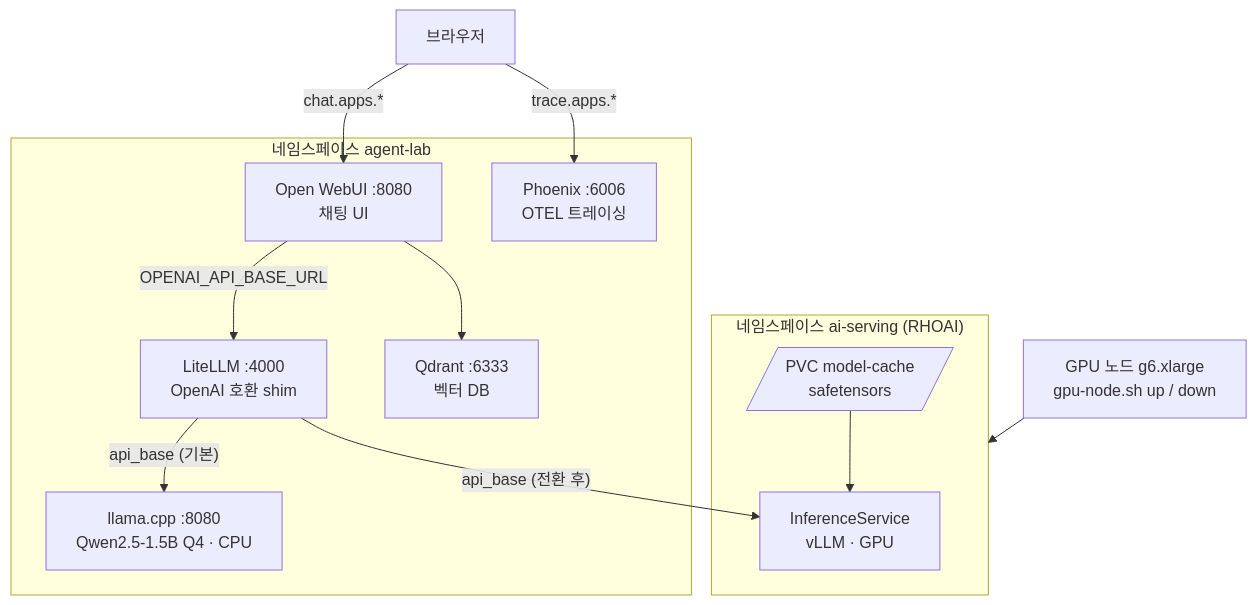
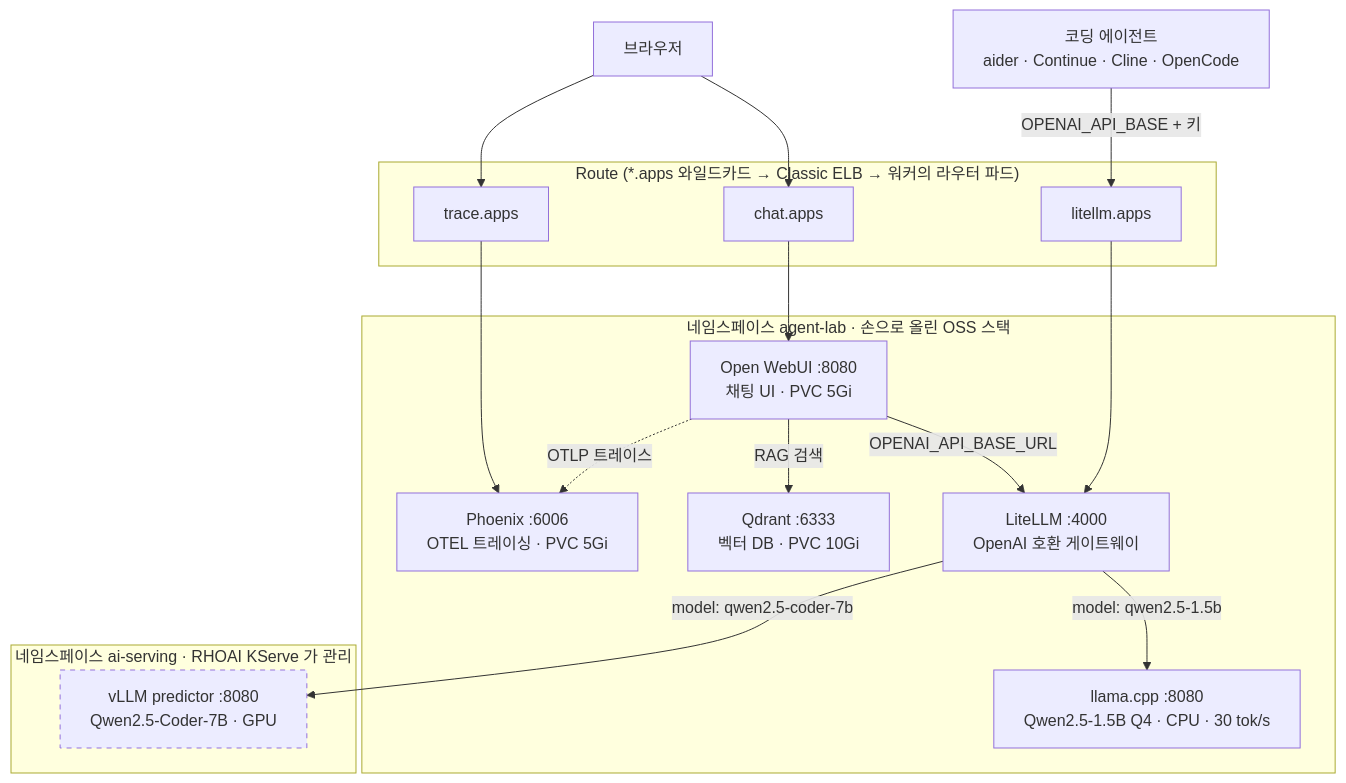
The fourth of 5 diagrams in README.md (kiyeonjeon21/ocp-aws-lab), drawn with Mermaid before and after one commit. The commit also changed other lines of this file and 13 other files, not shown here.

First line of the commit message:
전체 구조 다이어그램 2장과 세대별 스냅샷 도구 추가

````diff
--- a/README.md
+++ b/README.md
@@ -446,28 +451,42 @@
 ```mermaid
+%%{init: {"flowchart": {"wrappingWidth": 400}}}%%
 flowchart TB
-    USER["브라우저"]
+    BROWSER["브라우저"]
+    AGENT_CLI["코딩 에이전트<br/>aider · Continue · Cline · OpenCode"]
 
-    subgraph AGENT["네임스페이스 agent-lab"]
-        WEBUI["Open WebUI :8080<br/>채팅 UI"]
-        LITE["LiteLLM :4000<br/>OpenAI 호환 shim"]
-        LLAMA["llama.cpp :8080<br/>Qwen2.5-1.5B Q4 · CPU"]
-        QD["Qdrant :6333<br/>벡터 DB"]
-        PHX["Phoenix :6006<br/>OTEL 트레이싱"]
+    subgraph ROUTES["Route (*.apps 와일드카드 → Classic ELB → 워커의 라우터 파드)"]
+        R_CHAT["chat.apps"]
+        R_TRACE["trace.apps"]
+        R_LLM["litellm.apps"]
     end
 
-    subgraph SERVING["네임스페이스 ai-serving (RHOAI)"]
-        ISVC["InferenceService<br/>vLLM · GPU"]
-        PVC[/"PVC model-cache<br/>safetensors"/]
+    subgraph NS_AGENT["네임스페이스 agent-lab · 손으로 올린 OSS 스택"]
+        WEBUI["Open WebUI :8080<br/>채팅 UI · PVC 5Gi"]
+        QD["Qdrant :6333<br/>벡터 DB · PVC 10Gi"]
+        PHX["Phoenix :6006<br/>OTEL 트레이싱 · PVC 5Gi"]
+        LITE["LiteLLM :4000<br/>OpenAI 호환 게이트웨이"]
+        LLAMA["llama.cpp :8080<br/>Qwen2.5-1.5B Q4 · CPU · 30 tok/s"]
     end
 
-    USER -->|"chat.apps.*"| WEBUI
-    USER -->|"trace.apps.*"| PHX
+    subgraph NS_SERVING["네임스페이스 ai-serving · RHOAI KServe 가 관리"]
+        VLLM["vLLM predictor :8080<br/>Qwen2.5-Coder-7B · GPU"]
+    end
+
+    BROWSER --> R_CHAT
+    BROWSER --> R_TRACE
+    AGENT_CLI -->|"OPENAI_API_BASE + 키"| R_LLM
+
+    R_CHAT --> WEBUI
+    R_TRACE --> PHX
+    R_LLM --> LITE
+
     WEBUI -->|"OPENAI_API_BASE_URL"| LITE
-    WEBUI --> QD
-    LITE -->|"api_base (기본)"| LLAMA
-    LITE -->|"api_base (전환 후)"| ISVC
-    PVC --> ISVC
+    WEBUI -->|"RAG 검색"| QD
+    WEBUI -.->|"OTLP 트레이스"| PHX
 
-    GPU["GPU 노드 g6.xlarge<br/>gpu-node.sh up / down"]
-    GPU --> SERVING
+    LITE -->|"model: qwen2.5-1.5b"| LLAMA
+    LITE -->|"model: qwen2.5-coder-7b"| VLLM
+
+    classDef optional stroke-dasharray: 5 5
+    class VLLM optional
 ```
````
